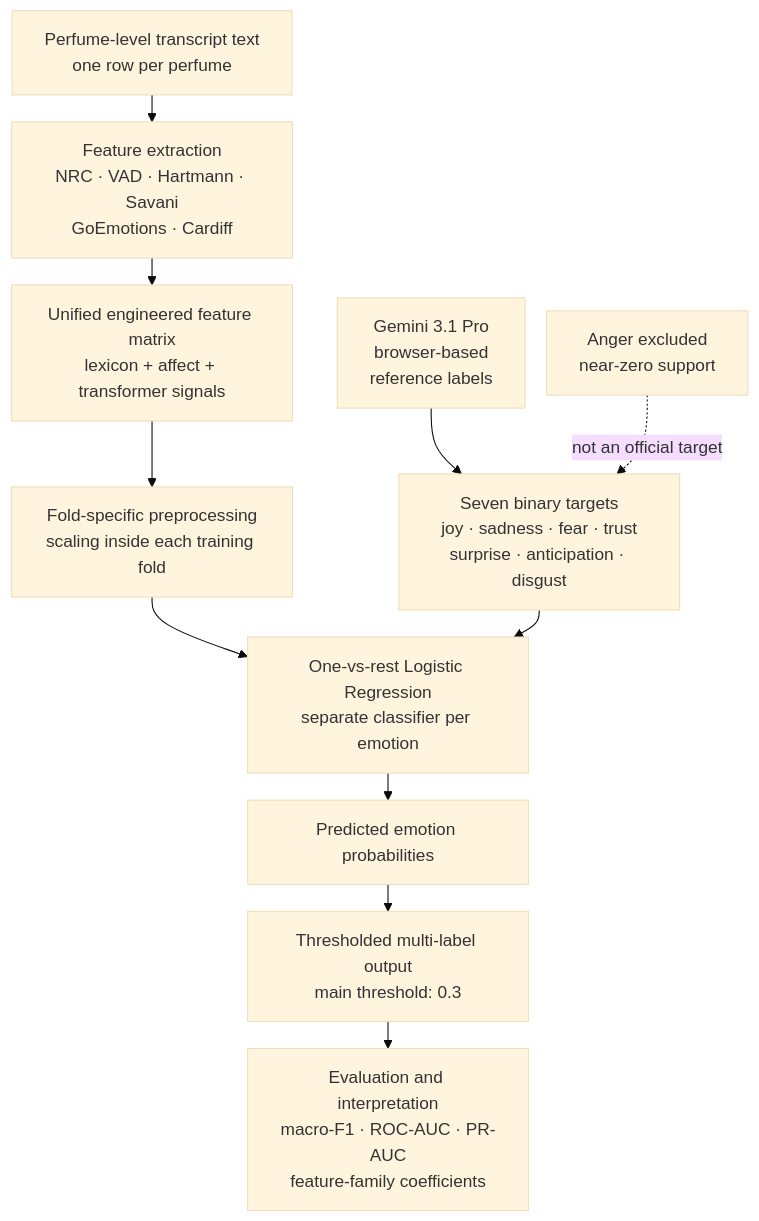
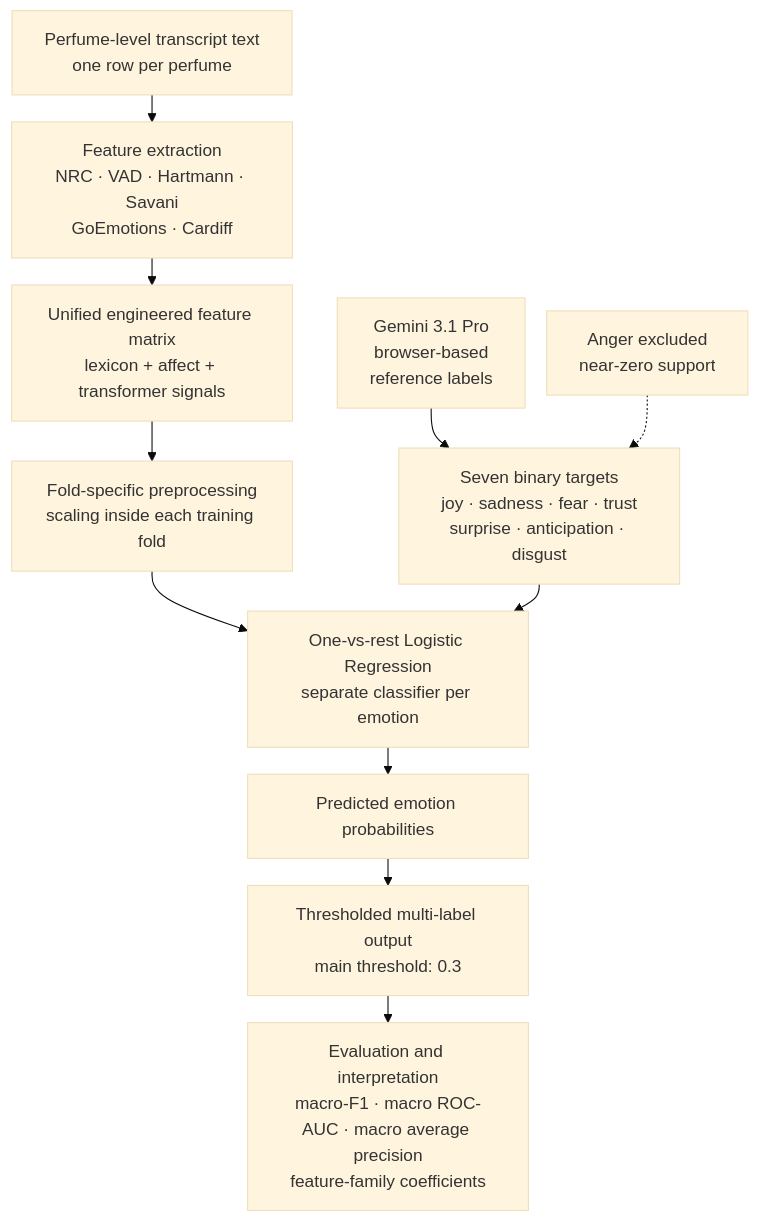
The diagram in docs/thesis/mermaid diagrams/mermaid codes/figure_3_2_logistic_regression_feature_pipeline.mmd (ececanga/Sentiment-Analysis-for-Perfume-Reviews), drawn with Mermaid (base theme) before and after one commit. The commit also changed 36 other files, not shown here.

```diff
--- a/docs/thesis/mermaid diagrams/mermaid codes/figure_3_2_logistic_regression_feature_pipeline.mmd
+++ b/docs/thesis/mermaid diagrams/mermaid codes/figure_3_2_logistic_regression_feature_pipeline.mmd
@@ -1,26 +1,26 @@
 ---
 config:
   layout: dagre
   flowchart:
     nodeSpacing: 20
     rankSpacing: 25
 ---
 flowchart TD
     A["Perfume-level transcript text<br/>one row per perfume"]
 
     A --> B["Feature extraction<br/>NRC · VAD · Hartmann · Savani<br/>GoEmotions · Cardiff"]
 
     B --> C["Unified engineered feature matrix<br/>lexicon + affect + transformer signals"]
     C --> D["Fold-specific preprocessing<br/>scaling inside each training fold"]
 
     E["Gemini 3.1 Pro<br/>browser-based<br/>reference labels"]
     E --> F["Seven binary targets<br/>joy · sadness · fear · trust<br/>surprise · anticipation · disgust"]
 
     D --> G["One-vs-rest Logistic Regression<br/>separate classifier per emotion"]
     F --> G
 
     G --> H["Predicted emotion probabilities"]
     H --> I["Thresholded multi-label output<br/>main threshold: 0.3"]
-    I --> J["Evaluation and interpretation<br/>macro-F1 · ROC-AUC · PR-AUC<br/>feature-family coefficients"]
+    I --> J["Evaluation and interpretation<br/>macro-F1 · macro ROC-AUC · macro average precision<br/>feature-family coefficients"]
 
-    K["Anger excluded<br/>near-zero support"] -. not an official target .-> F
+    K["Anger excluded<br/>near-zero support"] -.-> F
```
